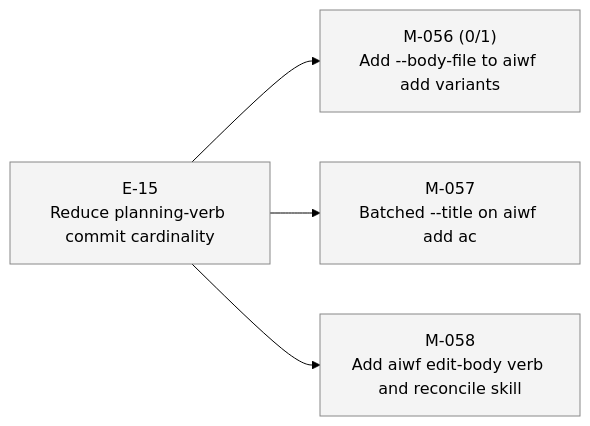
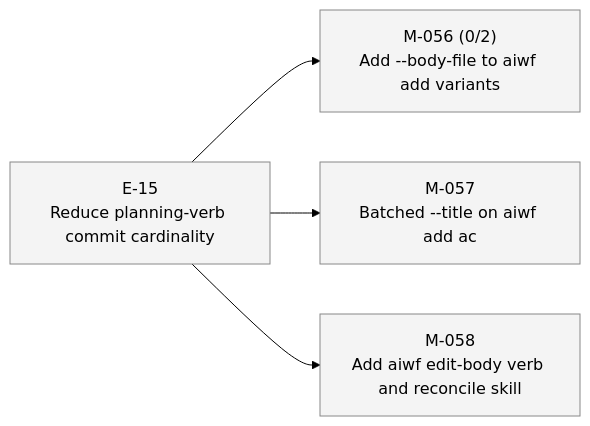
The third of 3 diagrams in STATUS.md (23min/aiwf), drawn with Mermaid (forest theme) before and after one commit. The commit also changed other lines of this file and 1 other file, not shown here.

First line of the commit message:
aiwf add ac M-056/AC-2 "Body content from file replaces empty body in created entity"

````diff
--- a/STATUS.md
+++ b/STATUS.md
@@ -69,16 +69,16 @@
 ```mermaid
 flowchart LR
   E_15["E-15<br/>Reduce planning-verb commit cardinality"]:::epic_proposed
-  M_056["M-056 (0/1)<br/>Add --body-file to aiwf add variants"]:::ms_draft
+  M_056["M-056 (0/2)<br/>Add --body-file to aiwf add variants"]:::ms_draft
   E_15 --> M_056
   M_057["M-057<br/>Batched --title on aiwf add ac"]:::ms_draft
   E_15 --> M_057
   M_058["M-058<br/>Add aiwf edit-body verb and reconcile skill"]:::ms_draft
   E_15 --> M_058
   classDef epic_active fill:#d6eaff,stroke:#1a73e8,color:#000
   classDef epic_proposed fill:#f4f4f4,stroke:#888,color:#000
   classDef ms_done fill:#d8f5d8,stroke:#2a8a2a,color:#000
   classDef ms_in_progress fill:#fff3c4,stroke:#caa400,color:#000
   classDef ms_draft fill:#f4f4f4,stroke:#888,color:#000
   classDef ms_cancelled fill:#fbeaea,stroke:#c33,color:#000
 ```
````
